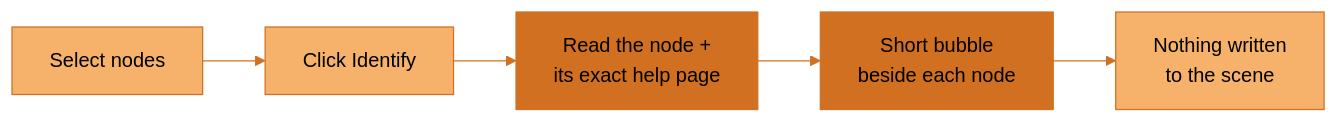
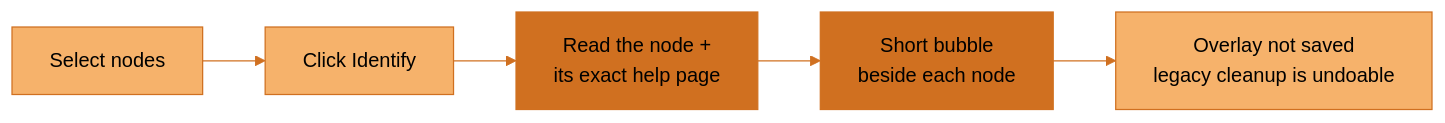
The fourth of 4 diagrams in README.md (JosephOIbrahim/Synapse), drawn with Mermaid before and after one commit. The commit also changed other lines of this file and 8 other files, not shown here.

First line of the commit message:
docs: align user guides and diagrams with published 5.97.5

````diff
--- a/README.md
+++ b/README.md
@@ -143,15 +142,15 @@
 ```mermaid
 flowchart LR
     accTitle: How Identify explains selected nodes
-    accDescr: You select nodes and click Identify. SYNAPSE reads each node and finds its exact page in the local SideFX help library, the way Houdini's own help does, or uses an HDA's own help, without a model. A short bubble appears beside each node, drawn over the network editor. Nothing is written to the scene.
+    accDescr: You select nodes and click Identify. SYNAPSE reads each node and finds its exact local help page, or uses an HDA's help, without a model. A short bubble appears over the editor. The overlay is not saved; old Identify-generated comment blocks can be removed in an undo group while artist text is preserved.
     S["Select nodes"] --> I["Click Identify"]
     I --> R["Read the node +<br/>its exact help page"]
     R --> N["Short bubble<br/>beside each node"]
-    N --> F["Nothing written<br/>to the scene"]
+    N --> F["Overlay not saved<br/>legacy cleanup is undoable"]
     classDef default fill:#F6B26B,stroke:#D07020,color:#000000
     classDef artist fill:#F6B26B,stroke:#D07020,color:#000000
     classDef synapse fill:#D07020,stroke:#D07020,color:#000000
     class S,I artist
     class R,N synapse
     linkStyle default stroke:#D07020
 ```
````
